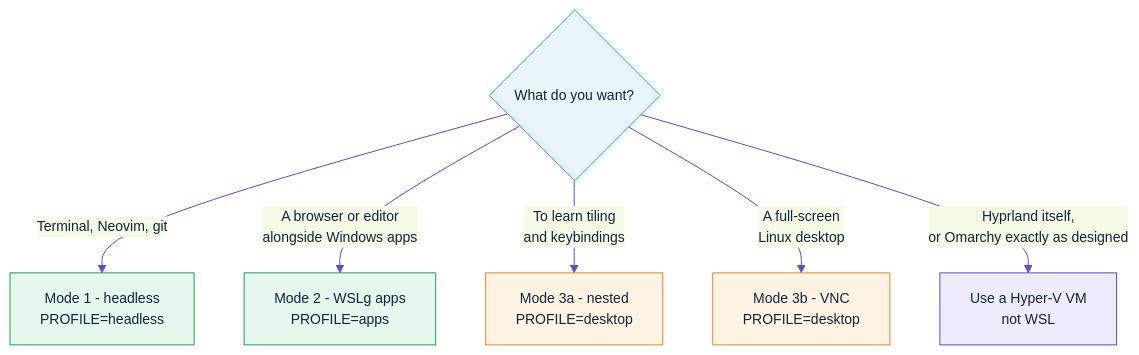
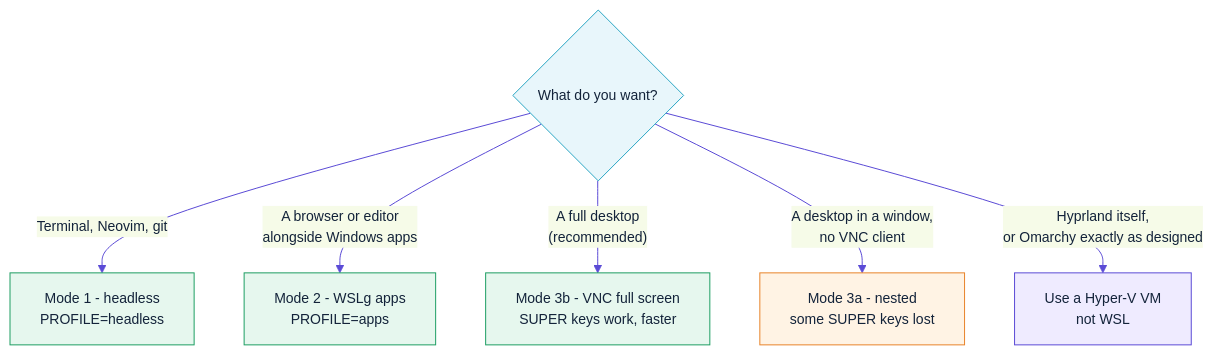
One commit to clarenceb/omarchy-wsl2 changed the fourth of 4 diagrams in docs/03-modes.md. Above: the diagram before and after it, drawn with Mermaid. The commit also changed other lines of this file and 7 other files, not shown here.

````diff
--- a/docs/03-modes.md
+++ b/docs/03-modes.md
@@ -315,16 +365,16 @@
 ```mermaid
 %%{init: {'theme':'base','themeVariables':{'primaryColor':'#E8F6FB','primaryTextColor':'#13233A','primaryBorderColor':'#2AA6C4','lineColor':'#5B4BD6','fontSize':'14px'}}}%%
 flowchart TD
     A{"What do you want?"} -->|"Terminal, Neovim, git"| M1["Mode 1 - headless<br/>PROFILE=headless"]
     A -->|"A browser or editor<br/>alongside Windows apps"| M2["Mode 2 - WSLg apps<br/>PROFILE=apps"]
-    A -->|"To learn tiling<br/>and keybindings"| M3A["Mode 3a - nested<br/>PROFILE=desktop"]
-    A -->|"A full-screen<br/>Linux desktop"| M3B["Mode 3b - VNC<br/>PROFILE=desktop"]
+    A -->|"A full desktop<br/>(recommended)"| M3B["Mode 3b - VNC full screen<br/>SUPER keys work, faster"]
+    A -->|"A desktop in a window,<br/>no VNC client"| M3A["Mode 3a - nested<br/>some SUPER keys lost"]
     A -->|"Hyprland itself,<br/>or Omarchy exactly as designed"| VM["Use a Hyper-V VM<br/>not WSL"]
 
     style A fill:#E8F6FB,stroke:#2AA6C4,color:#13233A
     style M1 fill:#E6F7EE,stroke:#1E9E63,color:#13233A
     style M2 fill:#E6F7EE,stroke:#1E9E63,color:#13233A
     style M3A fill:#FFF3E4,stroke:#E8842B,color:#13233A
-    style M3B fill:#FFF3E4,stroke:#E8842B,color:#13233A
+    style M3B fill:#E6F7EE,stroke:#1E9E63,color:#13233A
     style VM fill:#EFEBFF,stroke:#5B4BD6,color:#13233A
 ```
````
